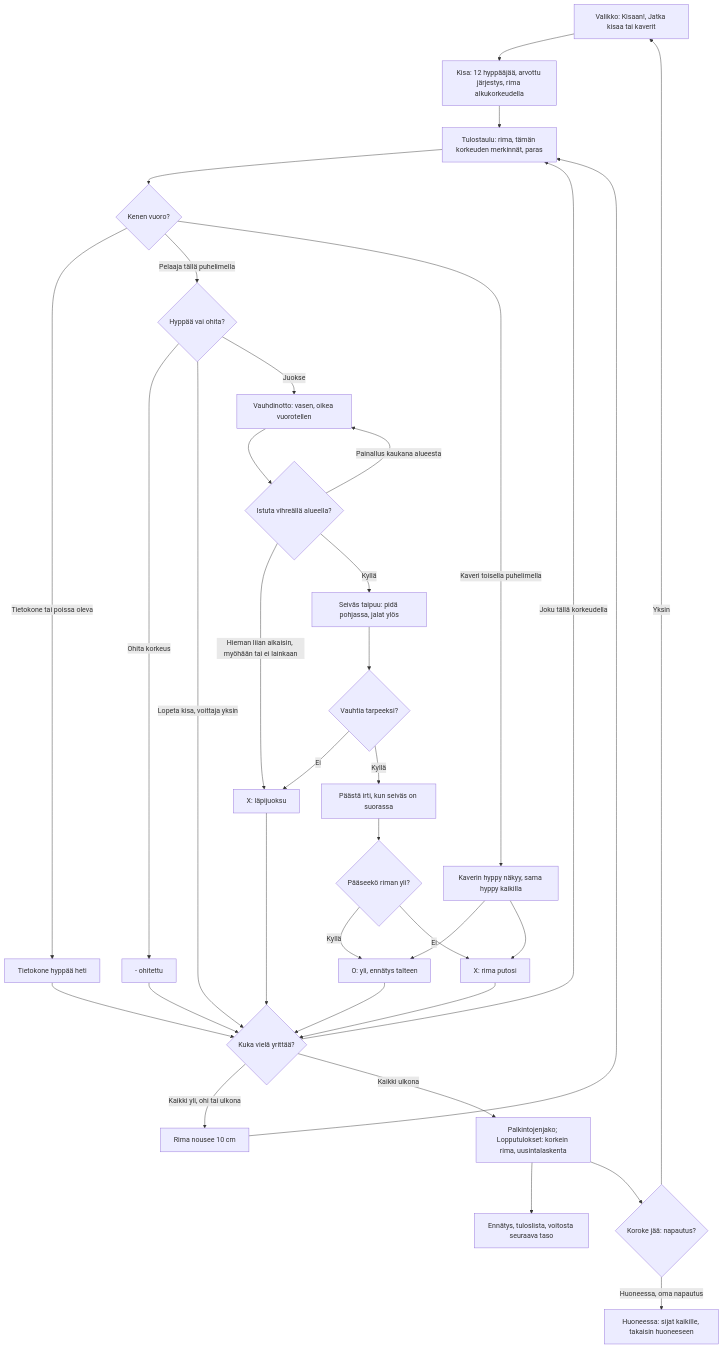
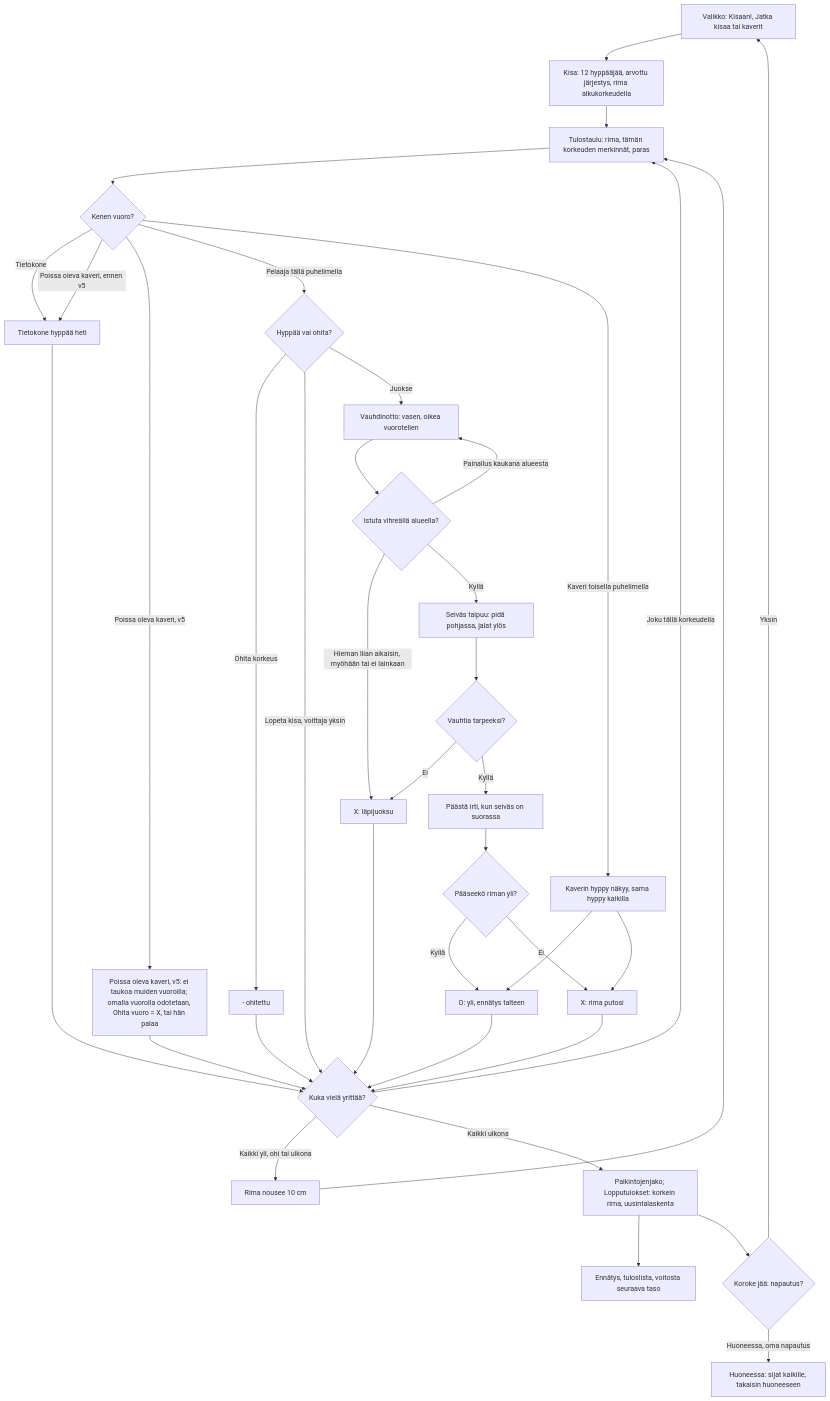
Before and after one commit to eerovil/ai-pelit: the diagram in docs/diagrams/seivashyppy.md, drawn with Mermaid. The commit also changed other lines of this file and 6 other files, not shown here.

Commit message:
Event diagrams: an away friend waits for their turn, skipped as a miss, no computer (#297)

````diff
--- a/docs/diagrams/seivashyppy.md
+++ b/docs/diagrams/seivashyppy.md
@@ -19,43 +19,46 @@
 ```mermaid
 flowchart TD
   M[Valikko: Kisaan!, Jatka kisaa tai kaverit] --> K[Kisa: 12 hyppääjää, arvottu järjestys, rima alkukorkeudella]
   K --> T[Tulostaulu: rima, tämän korkeuden merkinnät, paras]
   T --> Q{Kenen vuoro?}
-  Q -- Tietokone tai poissa oleva --> CPU[Tietokone hyppää heti]
+  Q -- Tietokone --> CPU[Tietokone hyppää heti]
+  Q -- Poissa oleva kaveri, ennen v5 --> CPU
+  Q -- Poissa oleva kaveri, v5 --> AWAY["Poissa oleva kaveri, v5: ei taukoa muiden vuoroilla; omalla vuorolla odotetaan, Ohita vuoro = X, tai hän palaa"]
+  AWAY --> NX
   CPU --> NX
   Q -- Pelaaja tällä puhelimella --> P{Hyppää vai ohita?}
   Q -- Kaveri toisella puhelimella --> WT[Kaverin hyppy näkyy, sama hyppy kaikilla]
   P -- Ohita korkeus --> PS[- ohitettu]
   P -- Lopeta kisa, voittaja yksin --> NX
   P -- Juokse --> R[Vauhdinotto: vasen, oikea vuorotellen]
   R --> PL{Istuta vihreällä alueella?}
   PL -- Painallus kaukana alueesta --> R
   PL -- Hieman liian aikaisin, myöhään tai ei lainkaan --> X[X: läpijuoksu]
   PL -- Kyllä --> B[Seiväs taipuu: pidä pohjassa, jalat ylös]
   B --> SL{Vauhtia tarpeeksi?}
   SL -- Ei --> X
   SL -- Kyllä --> F[Päästä irti, kun seiväs on suorassa]
   F --> OK{Pääseekö riman yli?}
   OK -- Kyllä --> O[O: yli, ennätys talteen]
   OK -- Ei --> XB[X: rima putosi]
   WT --> O
   WT --> XB
   O --> NX{Kuka vielä yrittää?}
   X --> NX
   XB --> NX
   PS --> NX
   NX -- Joku tällä korkeudella --> T
   NX -- Kaikki yli, ohi tai ulkona --> UP[Rima nousee 10 cm]
   UP --> T
   NX -- Kaikki ulkona --> END[Palkintojenjako; Lopputulokset: korkein rima, uusintalaskenta]
   END --> S[Ennätys, tuloslista, voitosta seuraava taso]
   END --> TAP{Koroke jää: napautus?}
   TAP -- Yksin --> M
   TAP -- Huoneessa, oma napautus --> RM[Huoneessa: sijat kaikille, takaisin huoneeseen]
   class M,R,B,F,T blue
-  class CPU,WT violet
+  class CPU,WT,AWAY violet
   class Q,P,PL,SL,OK,NX,TAP amber
   class K,O,PS,UP teal
   class X,XB rose
   class END,S,RM green
 ```
````
